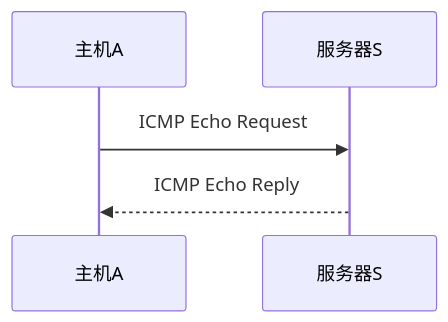
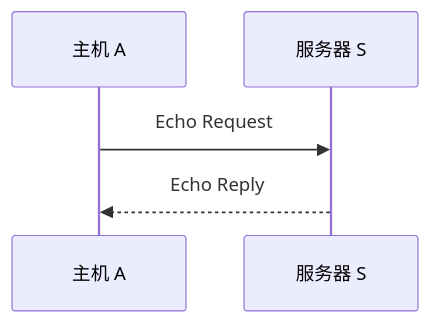
The diagram in 01_综合知识/01_计算机系统基础知识/03_计算机网络/05_IP网络与路由/01_IP控制与邻居发现/ICMP与Ping.md (74262195/system-architect-notes), drawn with Mermaid before and after one commit. The commit also changed other lines of this file and 5 other files, not shown here.

````diff
--- a/01_综合知识/01_计算机系统基础知识/03_计算机网络/05_IP网络与路由/01_IP控制与邻居发现/ICMP与Ping.md
+++ b/01_综合知识/01_计算机系统基础知识/03_计算机网络/05_IP网络与路由/01_IP控制与邻居发现/ICMP与Ping.md
@@ -222,7 +73,7 @@
 ```mermaid
 sequenceDiagram
-    participant A as 主机A
-    participant S as 服务器S
-    A->>S: ICMP Echo Request
-    S-->>A: ICMP Echo Reply
+    participant A as 主机 A
+    participant S as 服务器 S
+    A->>S: Echo Request
+    S-->>A: Echo Reply
 ```
````
